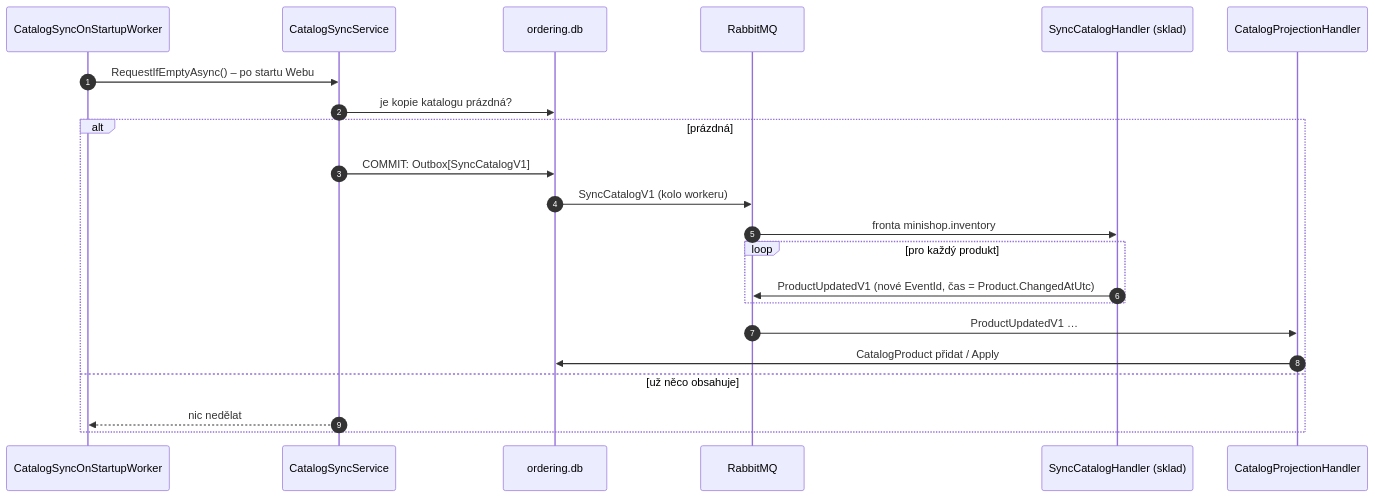
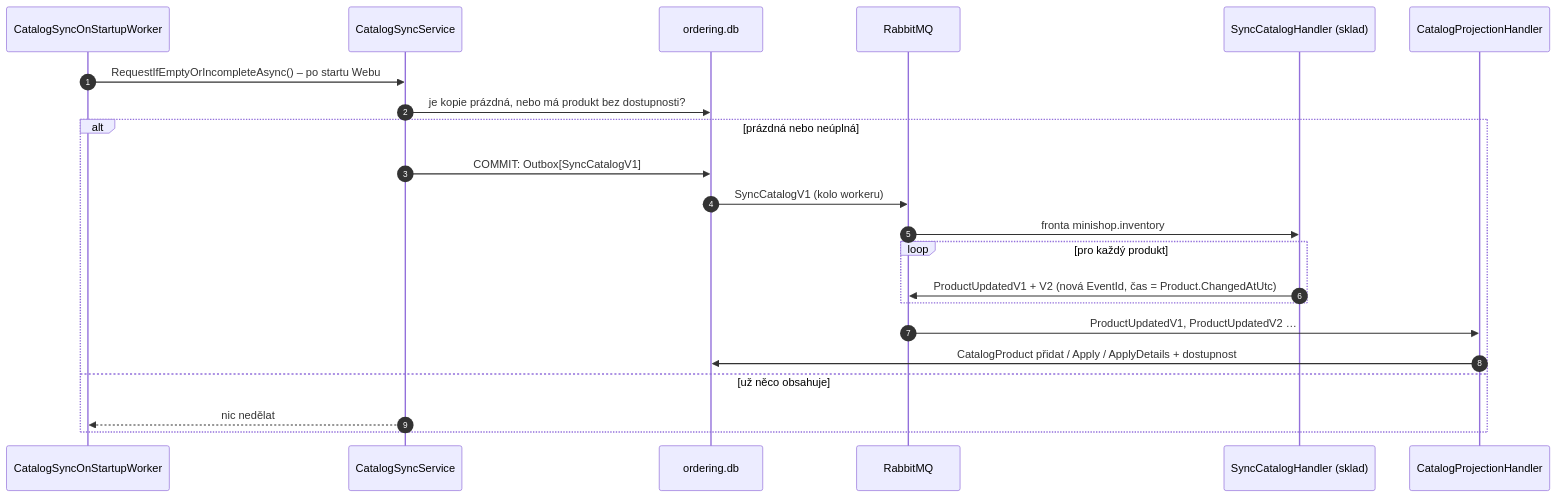
Before and after one commit to ftichy/MiniShop: the diagram in docs/prirucka/toky/obnova-katalogu.md, drawn with Mermaid. The commit also changed other lines of this file and 89 other files, not shown here.

````diff
--- a/docs/prirucka/toky/obnova-katalogu.md
+++ b/docs/prirucka/toky/obnova-katalogu.md
@@ -10,25 +12,25 @@
 ```mermaid
 sequenceDiagram
     autonumber
     participant SW as CatalogSyncOnStartupWorker
     participant CS as CatalogSyncService
     participant ODB as ordering.db
     participant MQ as RabbitMQ
     participant SH as SyncCatalogHandler (sklad)
     participant CH as CatalogProjectionHandler
 
-    SW->>CS: RequestIfEmptyAsync() – po startu Webu
-    CS->>ODB: je kopie katalogu prázdná?
-    alt prázdná
+    SW->>CS: RequestIfEmptyOrIncompleteAsync() – po startu Webu
+    CS->>ODB: je kopie prázdná, nebo má produkt bez dostupnosti?
+    alt prázdná nebo neúplná
         CS->>ODB: COMMIT: Outbox[SyncCatalogV1]
         ODB->>MQ: SyncCatalogV1 (kolo workeru)
         MQ->>SH: fronta minishop.inventory
         loop pro každý produkt
-            SH->>MQ: ProductUpdatedV1 (nové EventId, čas = Product.ChangedAtUtc)
+            SH->>MQ: ProductUpdatedV1 + V2 (nová EventId, čas = Product.ChangedAtUtc)
         end
-        MQ->>CH: ProductUpdatedV1 …
-        CH->>ODB: CatalogProduct přidat / Apply
+        MQ->>CH: ProductUpdatedV1, ProductUpdatedV2 …
+        CH->>ODB: CatalogProduct přidat / Apply / ApplyDetails + dostupnost
     else už něco obsahuje
         CS-->>SW: nic nedělat
     end
 ```
````
